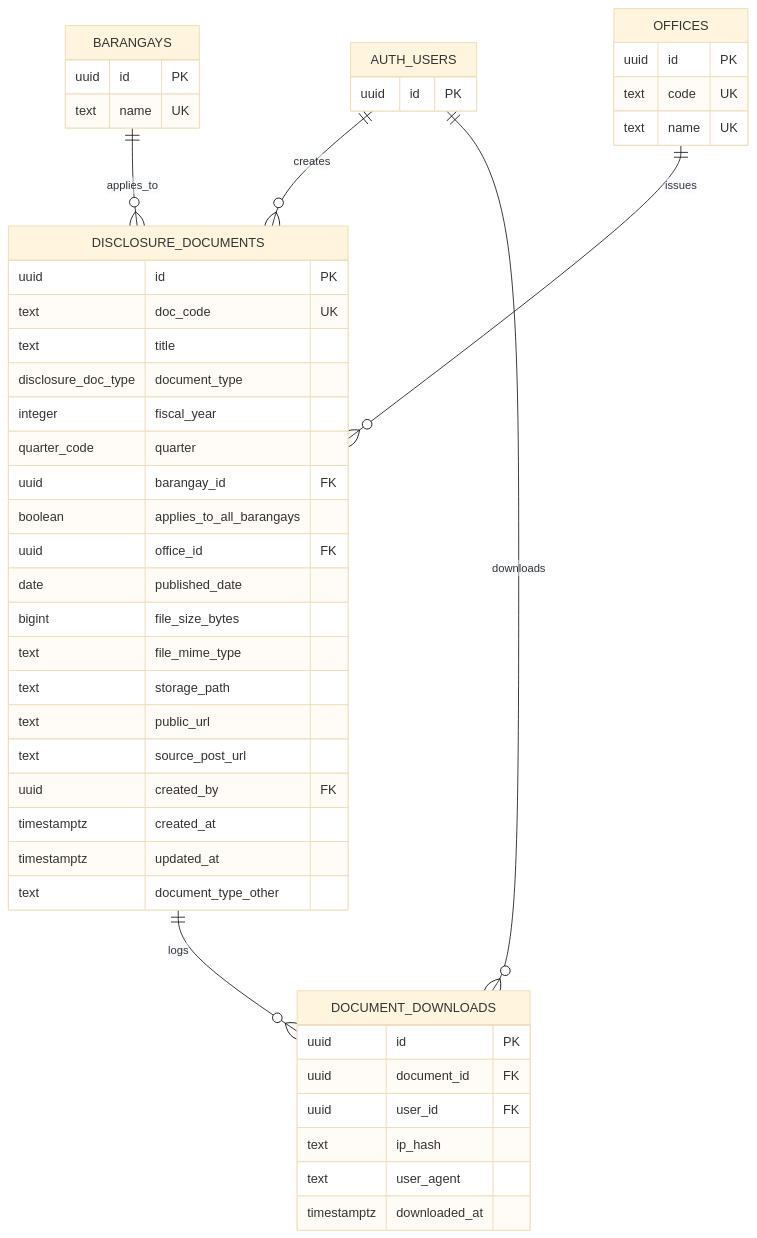
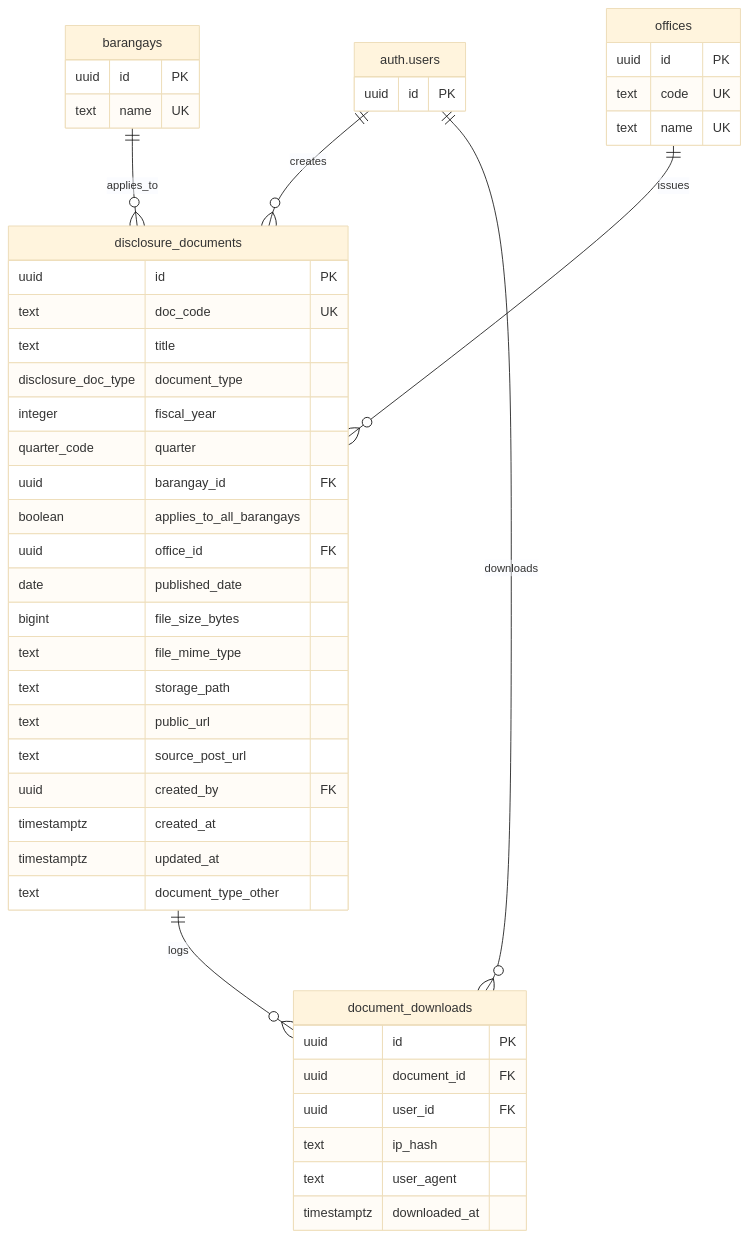
Before and after one commit to txiaoqt/lydo-connect-org-focused: the sixth of 9 diagrams in Methodology/3.2.4-Database-Schema.md, drawn with Mermaid (base theme). The commit also changed other lines of this file, not shown here.

````diff
--- a/Methodology/3.2.4-Database-Schema.md
+++ b/Methodology/3.2.4-Database-Schema.md
@@ -510,54 +510,54 @@
 ```mermaid
 erDiagram
-    BARANGAYS ||--o{ DISCLOSURE_DOCUMENTS : applies_to
-    OFFICES ||--o{ DISCLOSURE_DOCUMENTS : issues
-    AUTH_USERS ||--o{ DISCLOSURE_DOCUMENTS : creates
-    AUTH_USERS ||--o{ DOCUMENT_DOWNLOADS : downloads
-    DISCLOSURE_DOCUMENTS ||--o{ DOCUMENT_DOWNLOADS : logs
+    barangays ||--o{ disclosure_documents : applies_to
+    offices ||--o{ disclosure_documents : issues
+    auth.users ||--o{ disclosure_documents : creates
+    auth.users ||--o{ document_downloads : downloads
+    disclosure_documents ||--o{ document_downloads : logs
 
-    AUTH_USERS {
+    auth.users {
       uuid id PK
     }
 
-    BARANGAYS {
+    barangays {
       uuid id PK
       text name UK
     }
 
-    OFFICES {
+    offices {
       uuid id PK
       text code UK
       text name UK
     }
 
-    DISCLOSURE_DOCUMENTS {
+    disclosure_documents {
       uuid id PK
       text doc_code UK
       text title
       disclosure_doc_type document_type
       integer fiscal_year
       quarter_code quarter
       uuid barangay_id FK
       boolean applies_to_all_barangays
       uuid office_id FK
       date published_date
       bigint file_size_bytes
       text file_mime_type
       text storage_path
       text public_url
       text source_post_url
       uuid created_by FK
       timestamptz created_at
       timestamptz updated_at
       text document_type_other
     }
 
-    DOCUMENT_DOWNLOADS {
+    document_downloads {
       uuid id PK
       uuid document_id FK
       uuid user_id FK
       text ip_hash
       text user_agent
       timestamptz downloaded_at
     }
 ```
````
